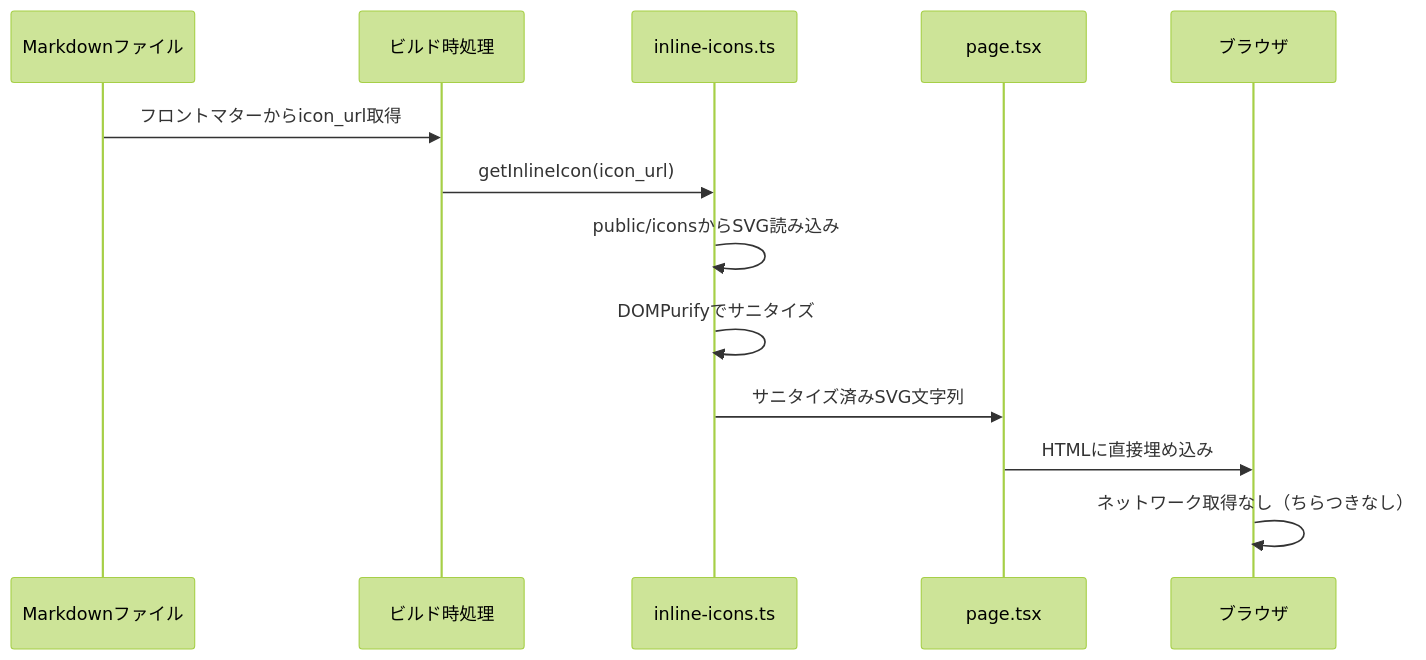
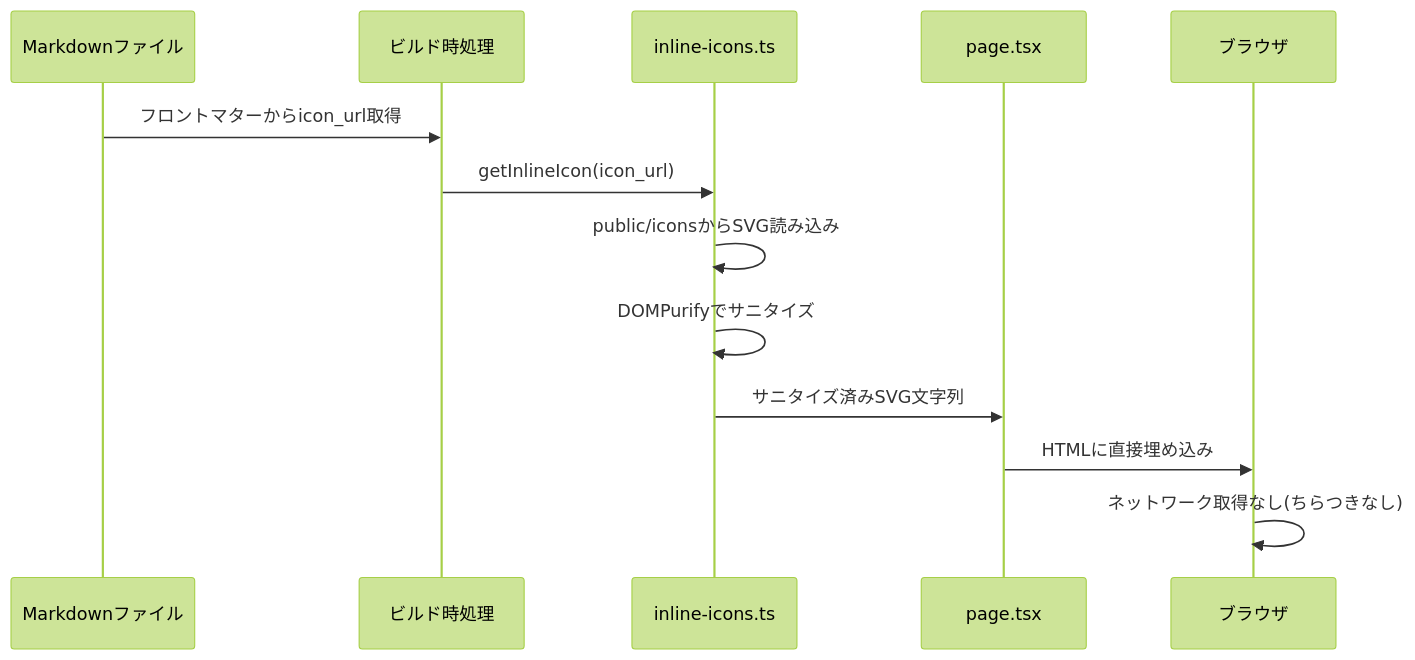
The diagram in contents/blog/2025-11-23_annoying-flickering-blog-svg-icon-fix.md (Suntory-Y-Water/my-portfolio), drawn with Mermaid (forest theme) before and after one commit. The commit also changed other lines of this file and 119 other files, not shown here.

````diff
--- a/contents/blog/2025-11-23_annoying-flickering-blog-svg-icon-fix.md
+++ b/contents/blog/2025-11-23_annoying-flickering-blog-svg-icon-fix.md
@@ -76,16 +76,16 @@
 ```mermaid
 sequenceDiagram
     participant MD as Markdownファイル
     participant Build as ビルド時処理
     participant Lib as inline-icons.ts
     participant Page as page.tsx
     participant Browser as ブラウザ
 
     MD->>Build: フロントマターからicon_url取得
     Build->>Lib: getInlineIcon(icon_url)
     Lib->>Lib: public/iconsからSVG読み込み
     Lib->>Lib: DOMPurifyでサニタイズ
     Lib->>Page: サニタイズ済みSVG文字列
     Page->>Browser: HTMLに直接埋め込み
-    Browser->>Browser: ネットワーク取得なし（ちらつきなし）
+    Browser->>Browser: ネットワーク取得なし(ちらつきなし)
 ```
````
